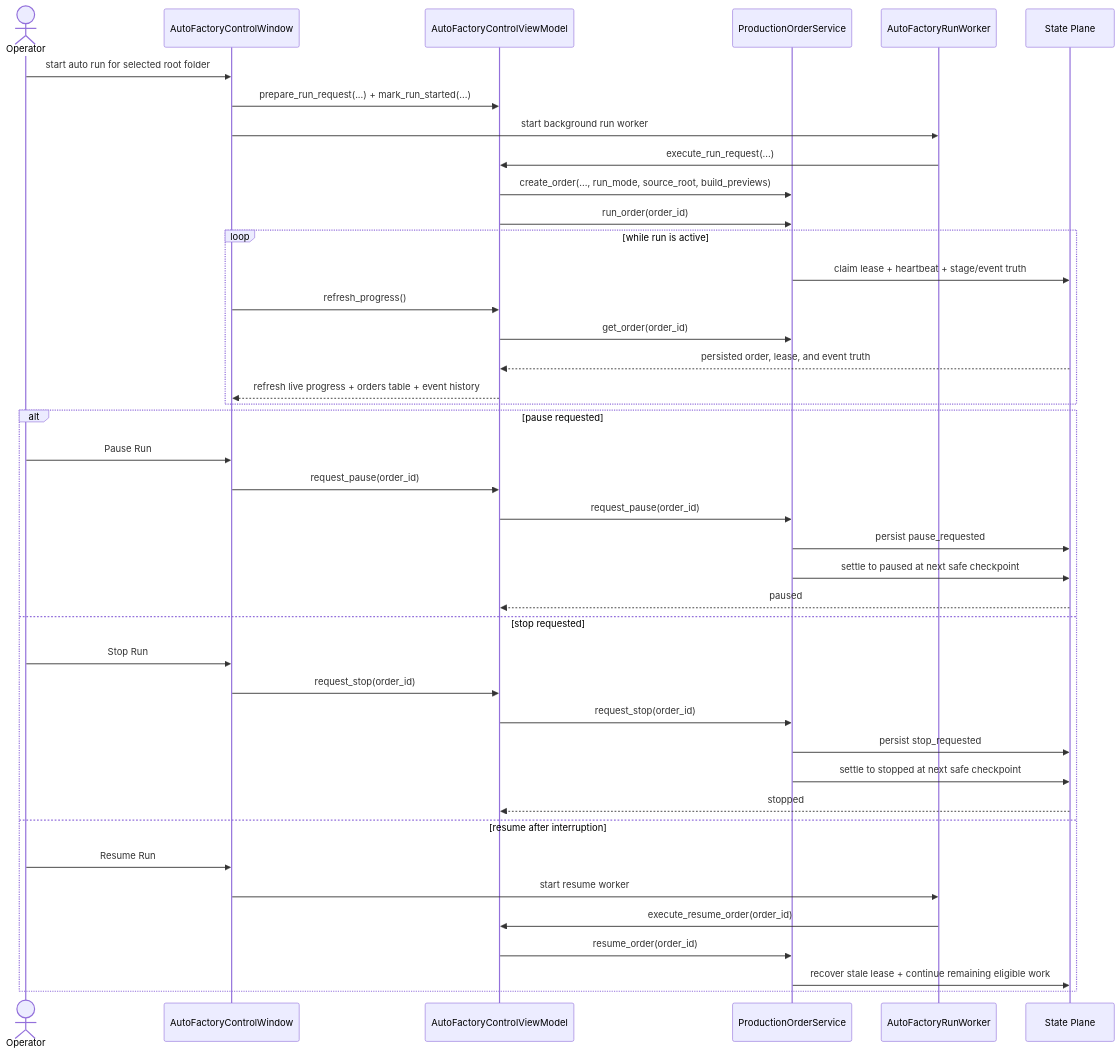
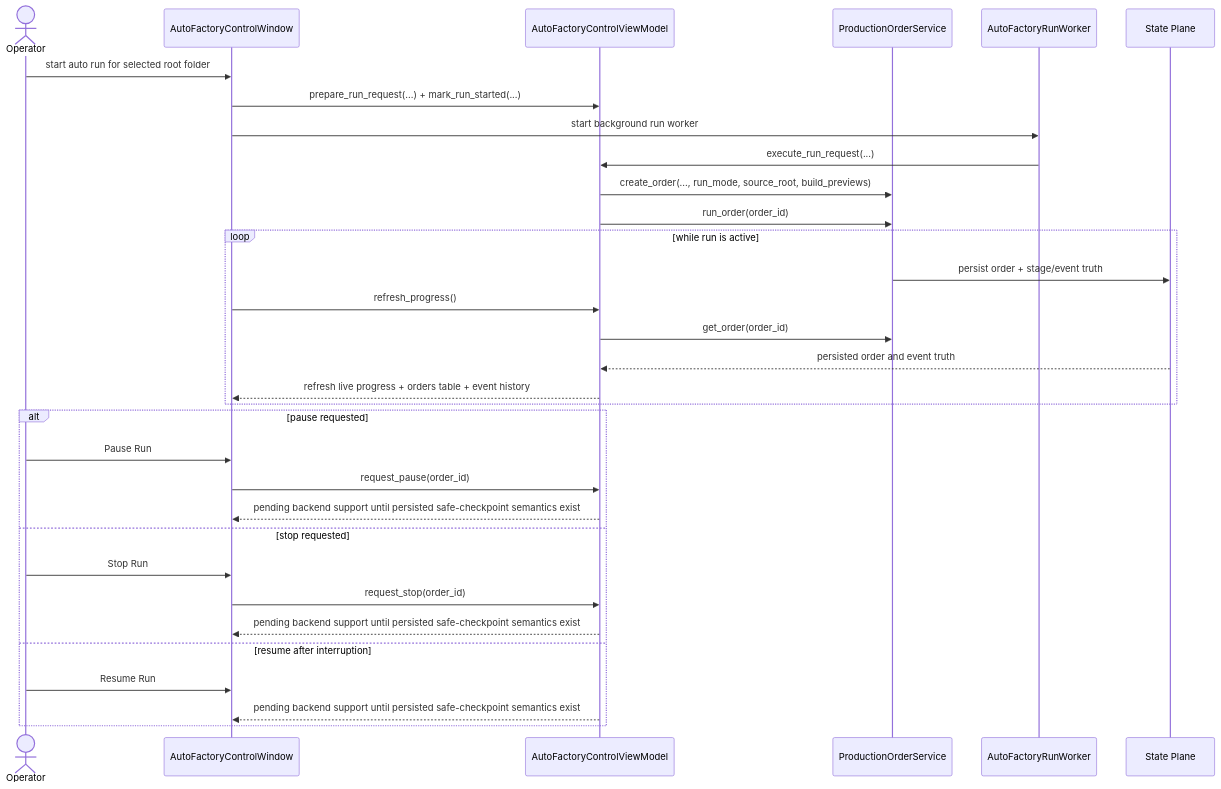
The eighth of 35 diagrams in doc/10_UML_System_Overview.md (idev006/MTClipFactory), drawn with Mermaid before and after one commit. The commit also changed other lines of this file and 19 other files, not shown here.

````diff
--- a/doc/10_UML_System_Overview.md
+++ b/doc/10_UML_System_Overview.md
@@ -730,44 +732,35 @@
 ```mermaid
 sequenceDiagram
     actor Operator
     participant View as AutoFactoryControlWindow
     participant VM as AutoFactoryControlViewModel
     participant OrderSvc as ProductionOrderService
     participant Worker as AutoFactoryRunWorker
     participant State as State Plane
 
     Operator->>View: start auto run for selected root folder
     View->>VM: prepare_run_request(...) + mark_run_started(...)
     View->>Worker: start background run worker
     Worker->>VM: execute_run_request(...)
     VM->>OrderSvc: create_order(..., run_mode, source_root, build_previews)
     VM->>OrderSvc: run_order(order_id)
     loop while run is active
-        OrderSvc->>State: claim lease + heartbeat + stage/event truth
+        OrderSvc->>State: persist order + stage/event truth
         View->>VM: refresh_progress()
         VM->>OrderSvc: get_order(order_id)
-        State-->>VM: persisted order, lease, and event truth
+        State-->>VM: persisted order and event truth
         VM-->>View: refresh live progress + orders table + event history
     end
     alt pause requested
         Operator->>View: Pause Run
         View->>VM: request_pause(order_id)
-        VM->>OrderSvc: request_pause(order_id)
-        OrderSvc->>State: persist pause_requested
-        OrderSvc->>State: settle to paused at next safe checkpoint
-        State-->>VM: paused
+        VM-->>View: pending backend support until persisted safe-checkpoint semantics exist
     else stop requested
         Operator->>View: Stop Run
         View->>VM: request_stop(order_id)
-        VM->>OrderSvc: request_stop(order_id)
-        OrderSvc->>State: persist stop_requested
-        OrderSvc->>State: settle to stopped at next safe checkpoint
-        State-->>VM: stopped
+        VM-->>View: pending backend support until persisted safe-checkpoint semantics exist
     else resume after interruption
         Operator->>View: Resume Run
-        View->>Worker: start resume worker
-        Worker->>VM: execute_resume_order(order_id)
-        VM->>OrderSvc: resume_order(order_id)
-        OrderSvc->>State: recover stale lease + continue remaining eligible work
+        VM-->>View: pending backend support until persisted safe-checkpoint semantics exist
     end
 ```
````
